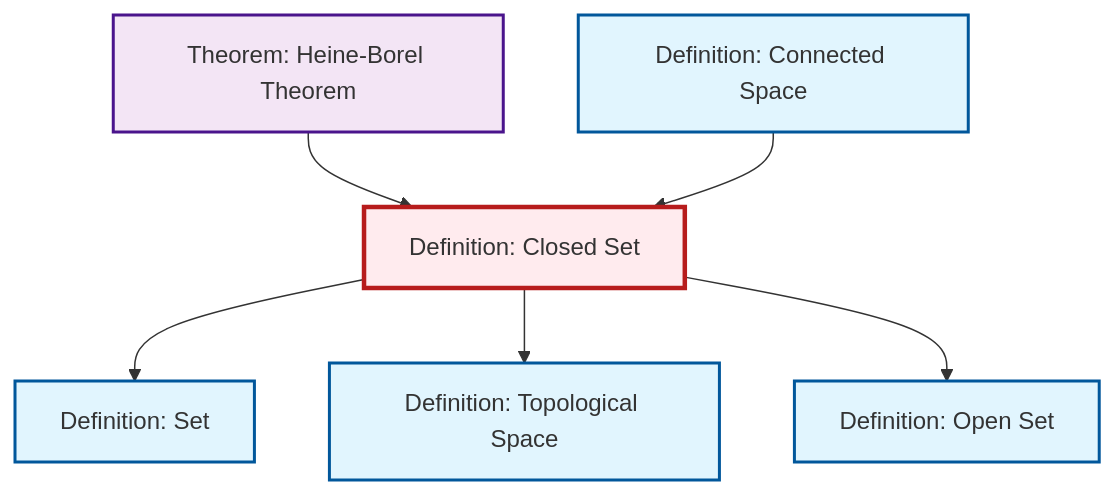
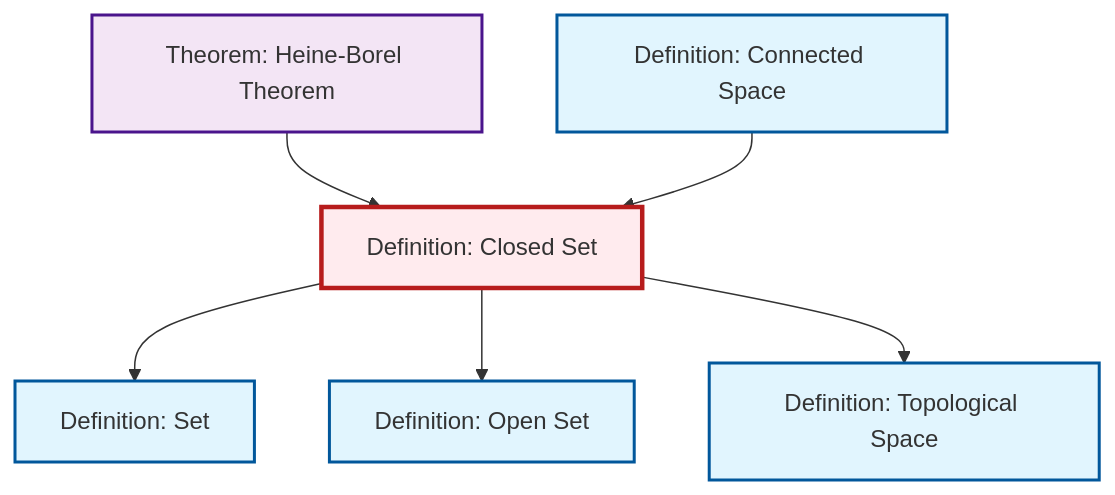
Before and after one commit to RK0429/ModernMath: the diagram in content/en/topology/def-closed-set.qmd, drawn with Mermaid. The commit also changed other lines of this file and 634 other files, not shown here.

````diff
--- a/content/en/topology/def-closed-set.qmd
+++ b/content/en/topology/def-closed-set.qmd
@@ -44,26 +44,26 @@
 ```{mermaid}
 %%| fig-cap: "Local dependency graph"
 graph TD
     classDef definition fill:#e1f5fe,stroke:#01579b,stroke-width:2px
     classDef theorem fill:#f3e5f5,stroke:#4a148c,stroke-width:2px
     classDef axiom fill:#fff3e0,stroke:#e65100,stroke-width:2px
     classDef example fill:#e8f5e9,stroke:#1b5e20,stroke-width:2px
     classDef current fill:#ffebee,stroke:#b71c1c,stroke-width:3px
-    def-open-set["Definition: Open Set"]:::definition
-    def-set["Definition: Set"]:::definition
-    def-connected["Definition: Connected Space"]:::definition
+    thm-heine-borel["Theorem: Heine-Borel Theorem"]:::theorem
     def-topological-space["Definition: Topological Space"]:::definition
     def-closed-set["Definition: Closed Set"]:::definition
-    thm-heine-borel["Theorem: Heine-Borel Theorem"]:::theorem
+    def-set["Definition: Set"]:::definition
+    def-open-set["Definition: Open Set"]:::definition
+    def-connected["Definition: Connected Space"]:::definition
     def-closed-set --> def-set
     thm-heine-borel --> def-closed-set
+    def-connected --> def-closed-set
+    def-closed-set --> def-open-set
     def-closed-set --> def-topological-space
-    def-closed-set --> def-open-set
-    def-connected --> def-closed-set
     class def-closed-set current
+    click thm-heine-borel "thm-heine-borel.html" "Go to Heine-Borel Theorem theorem"
+    click def-topological-space "def-topological-space.html" "Go to Topological Space definition"
+    click def-set "def-set.html" "Go to Set definition"
     click def-open-set "def-open-set.html" "Go to Open Set definition"
-    click def-set "def-set.html" "Go to Set definition"
     click def-connected "def-connected.html" "Go to Connected Space definition"
-    click def-topological-space "def-topological-space.html" "Go to Topological Space definition"
-    click thm-heine-borel "thm-heine-borel.html" "Go to Heine-Borel Theorem theorem"
 ```
````
